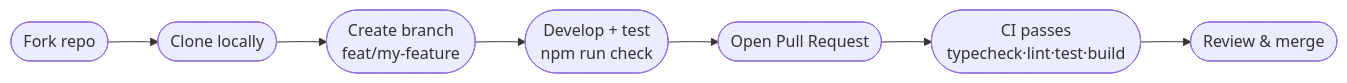
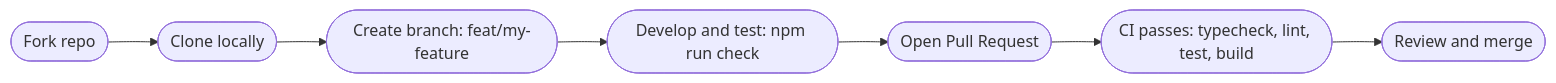
Before and after one commit to RajwanYair/WoodworkingShop: the diagram in .github/CONTRIBUTING.md, drawn with Mermaid. The commit also changed 6 other files, not shown here.

Commit message:
fix(a11y+docs): Mermaid 8.8.0 compat, ARIA fixes, accessibility improvements

````diff
--- a/.github/CONTRIBUTING.md
+++ b/.github/CONTRIBUTING.md
@@ -18,9 +18,9 @@
 ```mermaid
 flowchart LR
     F([Fork repo]) --> C([Clone locally])
-    C --> B([Create branch\nfeat/my-feature])
-    B --> D([Develop + test\nnpm run check])
+    C --> B([Create branch: feat/my-feature])
+    B --> D([Develop and test: npm run check])
     D --> P([Open Pull Request])
-    P --> CI([CI passes\ntypecheck·lint·test·build])
-    CI --> R([Review & merge])
+    P --> CI([CI passes: typecheck, lint, test, build])
+    CI --> R([Review and merge])
 ```
````
